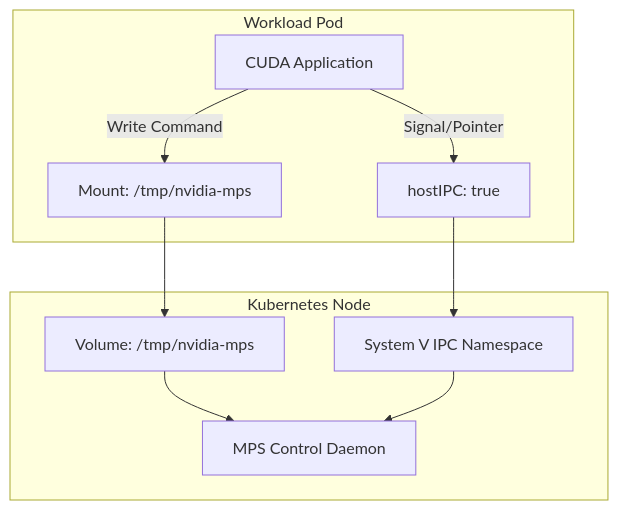
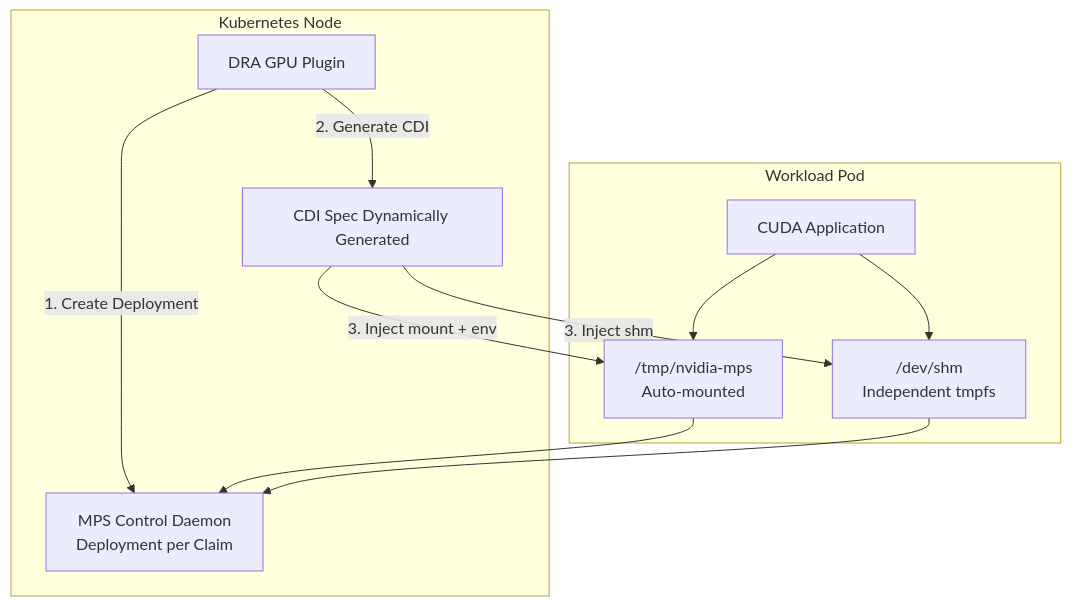
Before and after one commit to Shiritai/k8s-dra-workshop: the diagram in docs/phase1/04-mps-basics.md, drawn with Mermaid. The commit also changed other lines of this file and 30 other files, not shown here.

````diff
--- a/docs/phase1/04-mps-basics.md
+++ b/docs/phase1/04-mps-basics.md
@@ -24,17 +15,21 @@
 ```mermaid
 graph TD
     subgraph "Kubernetes Node"
-        MPS[MPS Control Daemon]
-        Vol1[Volume: /tmp/nvidia-mps]
-        IPC[System V IPC Namespace]
+        Driver[DRA GPU Plugin]
+        Deploy["MPS Control Daemon<br/>Deployment per Claim"]
+        CDI[CDI Spec Dynamically Generated]
     end
 
     subgraph "Workload Pod"
         App[CUDA Application]
-        Mount1[Mount: /tmp/nvidia-mps]
-        Config1[hostIPC: true]
+        Pipe["/tmp/nvidia-mps<br/>Auto-mounted"]
+        Shm["/dev/shm<br/>Independent tmpfs"]
     end
 
-    App -->|Write Command| Mount1 --> Vol1 --> MPS
-    App -->|Signal/Pointer| Config1 --> IPC --> MPS
+    Driver -->|"1. Create Deployment"| Deploy
+    Driver -->|"2. Generate CDI"| CDI
+    CDI -->|"3. Inject mount + env"| Pipe
+    CDI -->|"3. Inject shm"| Shm
+    App --> Pipe --> Deploy
+    App --> Shm --> Deploy
 ```
````
